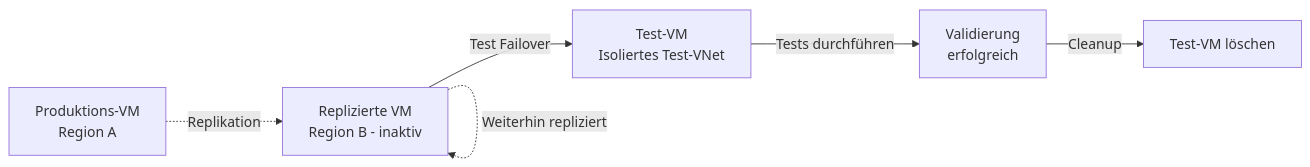
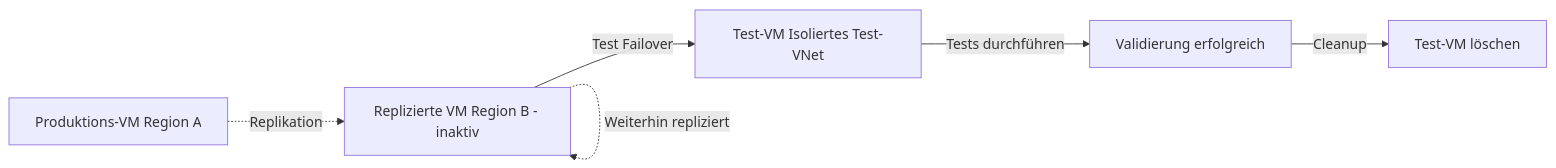
The fourth of 6 diagrams in Microsoft 365/Azure/Monitor und Management/Azure Site Recovery.md (SoniiiT/notes-n-docs), drawn with Mermaid before and after one commit. The commit also changed other lines of this file and 124 other files, not shown here.

First line of the commit message:
fix: Entferne \n aus allen Mermaid-Diagrammen (125 Dateien)

````diff
--- a/Microsoft 365/Azure/Monitor und Management/Azure Site Recovery.md
+++ b/Microsoft 365/Azure/Monitor und Management/Azure Site Recovery.md
@@ -208,8 +208,8 @@
 ```mermaid
 graph LR
-    A[Produktions-VM\nRegion A] -.->|Replikation| B[Replizierte VM\nRegion B - inaktiv]
-    B -->|Test Failover| C[Test-VM\nIsoliertes Test-VNet]
-    C -->|Tests durchführen| D[Validierung\nerfolgreich]
+    A[Produktions-VM Region A] -.->|Replikation| B[Replizierte VM Region B - inaktiv]
+    B -->|Test Failover| C[Test-VM Isoliertes Test-VNet]
+    C -->|Tests durchführen| D[Validierung erfolgreich]
     D -->|Cleanup| E[Test-VM löschen]
     B -.->|Weiterhin repliziert| B
 ```
````
